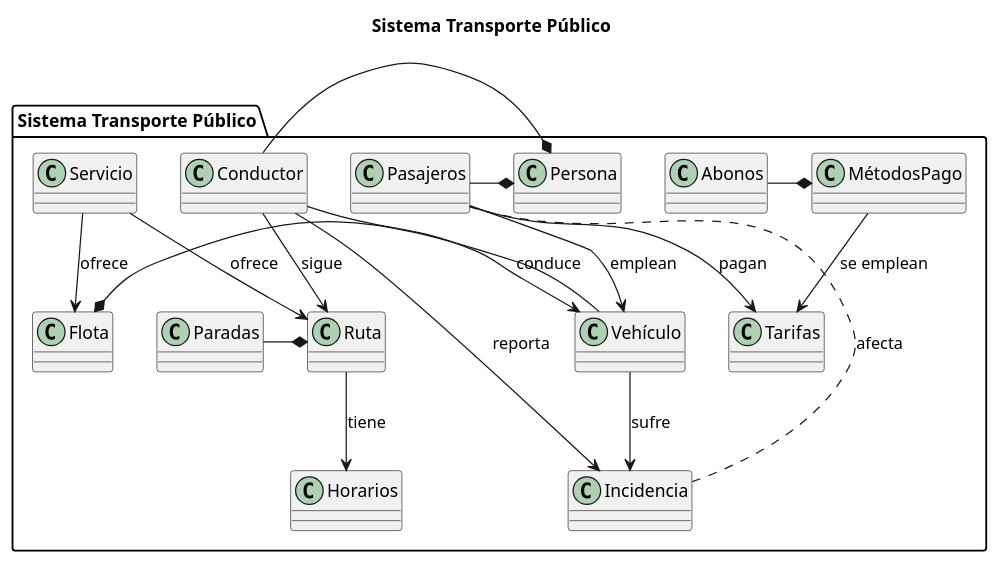
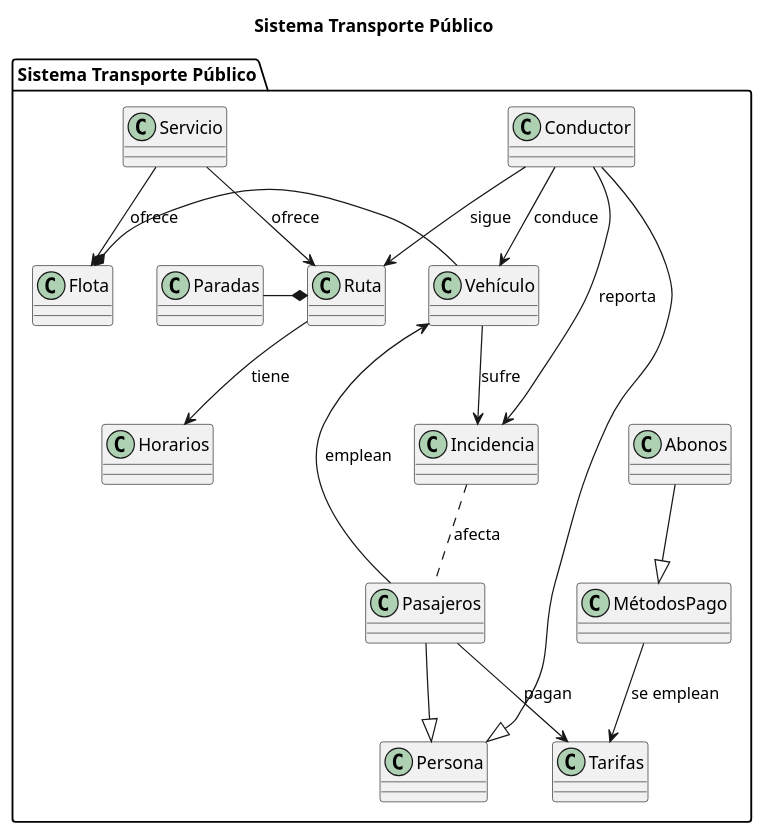
One commit to Ingenieria-Informatica-UNEATLANTICO/app-actividad-post-parcial-DavidGarciaCosta changed the diagram in modelosUML/DiagramaClasesExamen.puml. Above: the diagram before and after it, drawn with PlantUML. The commit also changed 3 other files, not shown here.

```diff
--- a/modelosUML/DiagramaClasesExamen.puml
+++ b/modelosUML/DiagramaClasesExamen.puml
@@ -1,49 +1,49 @@
 @startuml
 title Sistema Transporte Público
 package "Sistema Transporte Público" {
     class Persona{
 }
     class Pasajeros{
 }
     class Tarifas{
 }
     class MétodosPago{
 }
     class Abonos{
 }
     class Conductor{
 }
     class Vehículo{
 }
     class Ruta{
 }
     class Horarios{
 }
     class Paradas{
 }
     class Flota{
 }
     class Servicio{
 }
 
-Pasajeros -* Persona
-Conductor -* Persona
+Pasajeros --|> Persona
+Conductor --|> Persona
 Pasajeros --> Tarifas : pagan
 MétodosPago --> Tarifas : se emplean
-Abonos -* MétodosPago
+Abonos --|> MétodosPago
 Conductor --> Vehículo : conduce
 Conductor--> Ruta : sigue
 Vehículo --> Incidencia : sufre
 Incidencia .. Pasajeros : afecta
 Conductor  --> Incidencia: reporta
 Pasajeros --> Vehículo: emplean
 Ruta --> Horarios : tiene
 Paradas -* Ruta  
 Vehículo-* Flota
 Servicio --> Ruta : ofrece 
 Servicio --> Flota : ofrece
 
 
 }
 
 @enduml
```
